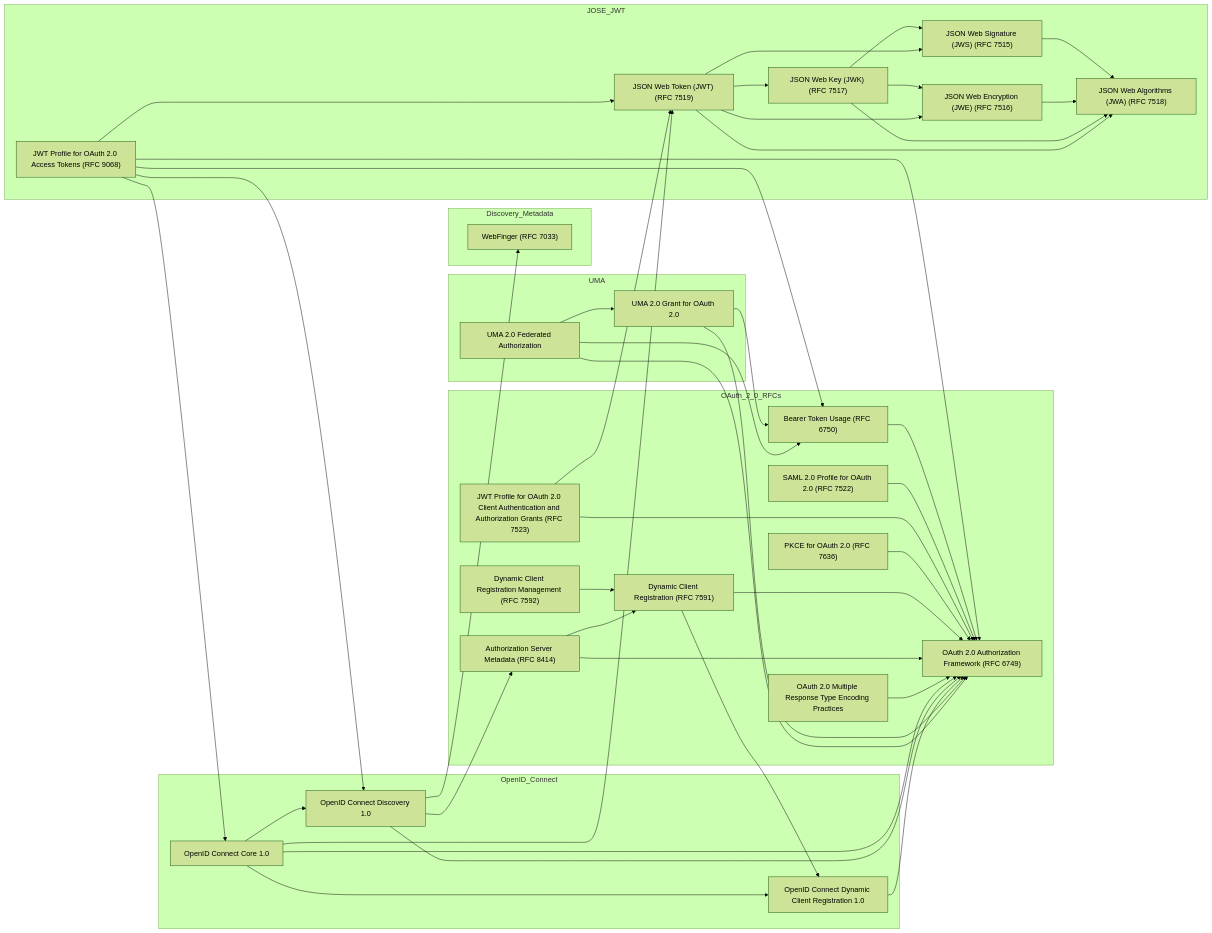
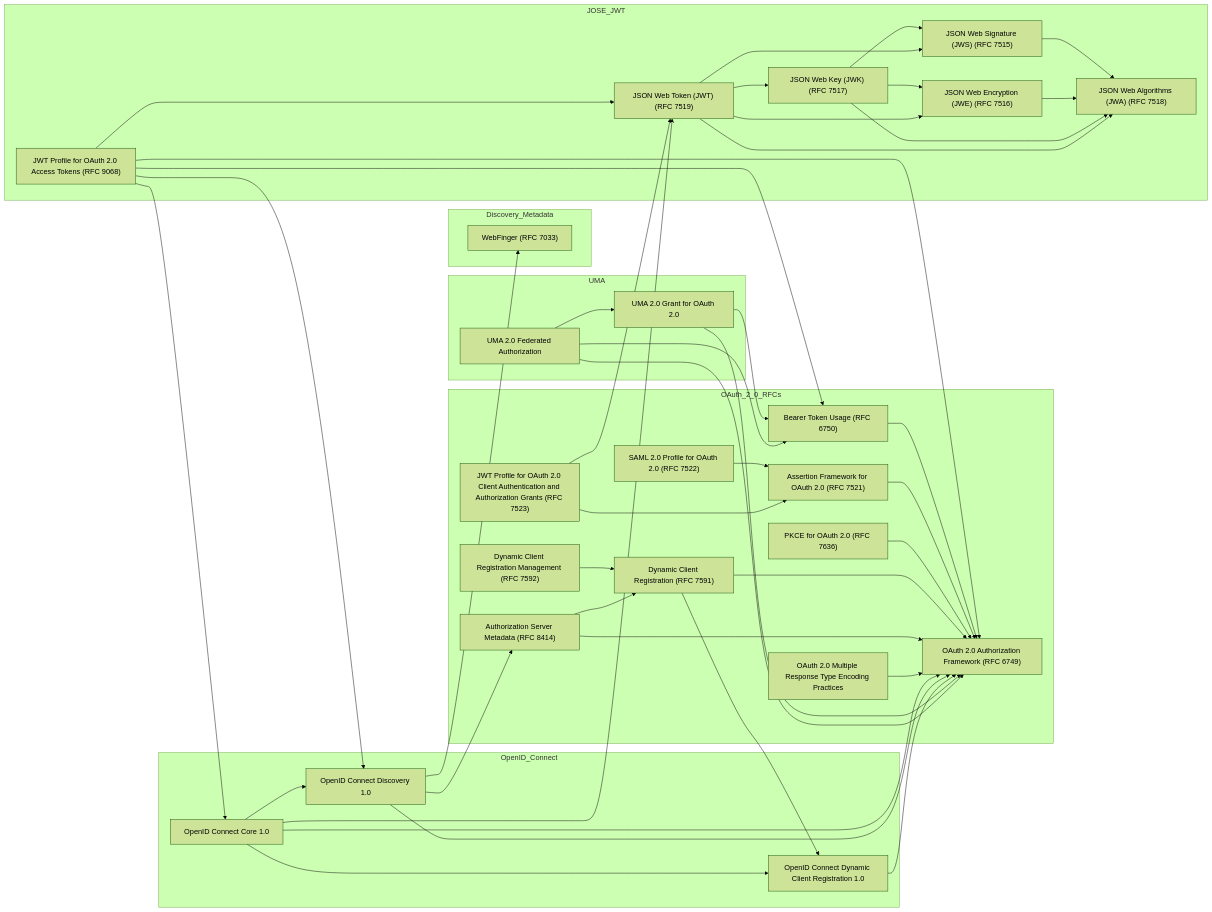
The diagram in Graph.md (ryanspletzer/oidc-oauth-spec-graph), drawn with Mermaid (forest theme) before and after one commit. The commit also changed 1 other file, not shown here.

Commit message:
Adds RFC 7521 assertion framework to OAuth diagram
Introduces RFC 7521 as the foundational assertion framework that both SAML and JWT profiles build upon, improving the accuracy of OAuth specification relationships.

Updates dependency relationships to show RFC 7522 and RFC 7523 extending from RFC 7521 rather than directly from the core OAuth framework, reflecting the actual specification hierarchy.

```diff
--- a/Graph.md
+++ b/Graph.md
@@ -14,6 +14,7 @@
   subgraph OAuth_2_0_RFCs
     RFC6749["OAuth 2.0 Authorization Framework (RFC 6749)"]
     RFC6750["Bearer Token Usage (RFC 6750)"]
+    RFC7521["Assertion Framework for OAuth 2.0 (RFC 7521)"]
     RFC7522["SAML 2.0 Profile for OAuth 2.0 (RFC 7522)"]
     RFC7523["JWT Profile for OAuth 2.0 Client Authentication and Authorization Grants (RFC 7523)"]
     RFC7636["PKCE for OAuth 2.0 (RFC 7636)"]
@@ -46,8 +47,9 @@
 
   %% ---- Edges: OAuth 2.0 internal references ----
   RFC6750 --> RFC6749
-  RFC7522 --> RFC6749
-  RFC7523 --> RFC6749
+  RFC7521 --> RFC6749
+  RFC7522 --> RFC7521
+  RFC7523 --> RFC7521
   RFC7523 --> RFC7519
   RFC7636 --> RFC6749
   RFC7591 --> RFC6749
@@ -104,6 +106,7 @@
 
   click RFC6749 "https://datatracker.ietf.org/doc/html/rfc6749" "OAuth 2.0 Authorization Framework (RFC 6749)"
   click RFC6750 "https://datatracker.ietf.org/doc/html/rfc6750" "Bearer Token Usage (RFC 6750)"
+  click RFC7521 "https://datatracker.ietf.org/doc/html/rfc7521" "Assertion Framework for OAuth 2.0 (RFC 7521)"
   click RFC7522 "https://datatracker.ietf.org/doc/html/rfc7522" "SAML 2.0 Profile for OAuth 2.0 (RFC 7522)"
   click RFC7523 "https://datatracker.ietf.org/doc/html/rfc7523" "JWT Profile for OAuth 2.0 Client Authentication and Authorization Grants (RFC 7523)"
   click RFC7636 "https://datatracker.ietf.org/doc/html/rfc7636" "PKCE (RFC 7636)"
```
